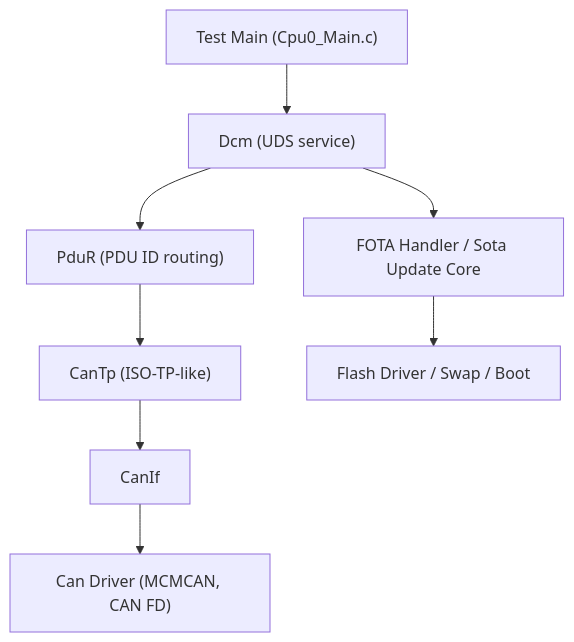
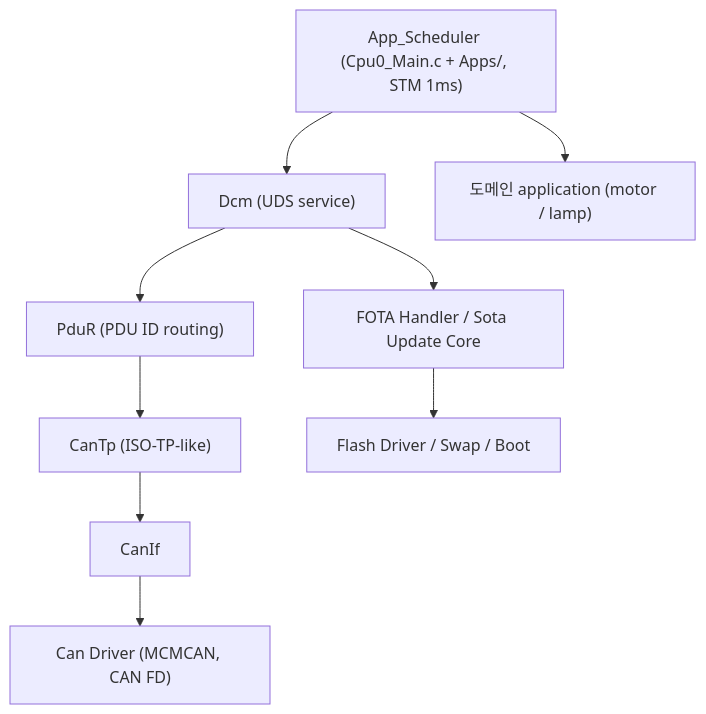
The second of 3 diagrams in docs/README.md (kdt-fibonacci/fota-reprogramming), drawn with Mermaid before and after one commit. The commit also changed other lines of this file and 8 other files, not shown here.

````diff
--- a/docs/README.md
+++ b/docs/README.md
@@ -40,10 +44,11 @@
 ```mermaid
 flowchart TD
-    A["Test Main (Cpu0_Main.c)"] --> D["Dcm (UDS service)"]
+    A["App_Scheduler (Cpu0_Main.c + Apps/, STM 1ms)"] --> D["Dcm (UDS service)"]
+    A --> APP["도메인 application (motor / lamp)"]
     D --> F["FOTA Handler / Sota Update Core"]
     D --> P["PduR (PDU ID routing)"]
     P --> T["CanTp (ISO-TP-like)"]
     T --> I["CanIf"]
     I --> C["Can Driver (MCMCAN, CAN FD)"]
     F --> FL["Flash Driver / Swap / Boot"]
 ```
````
